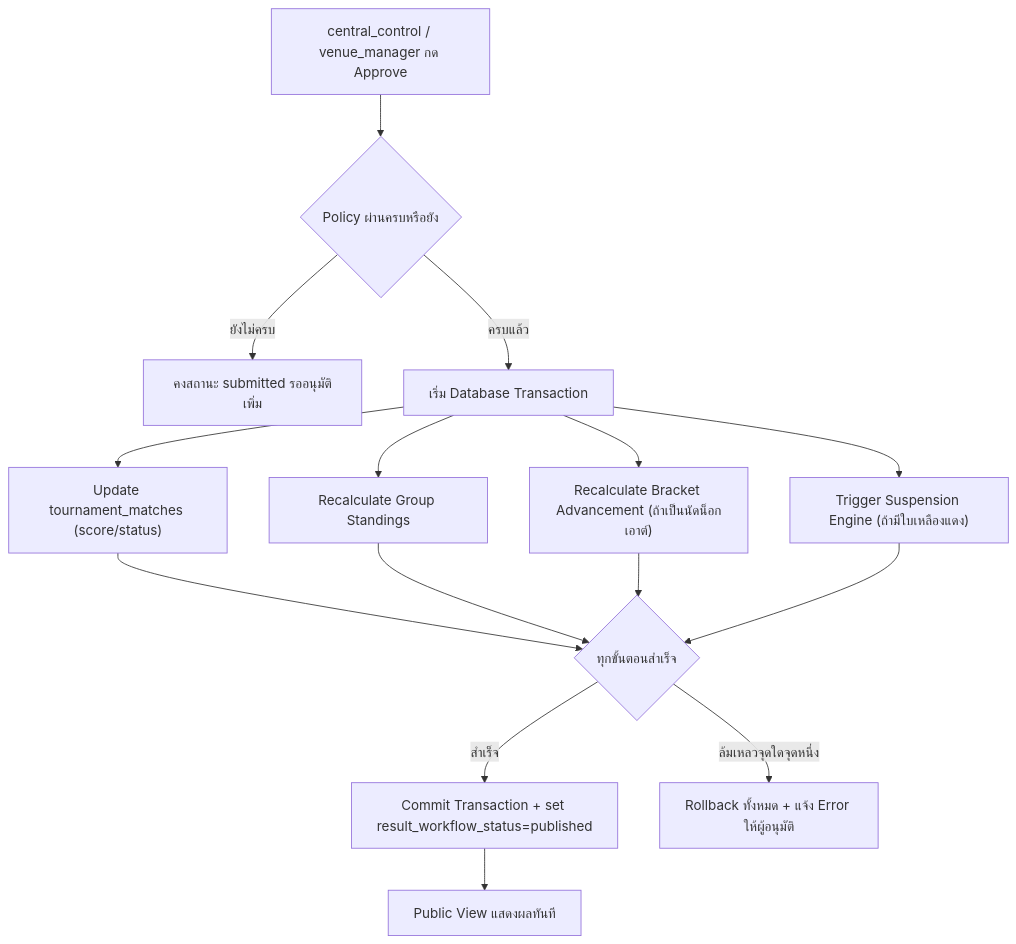
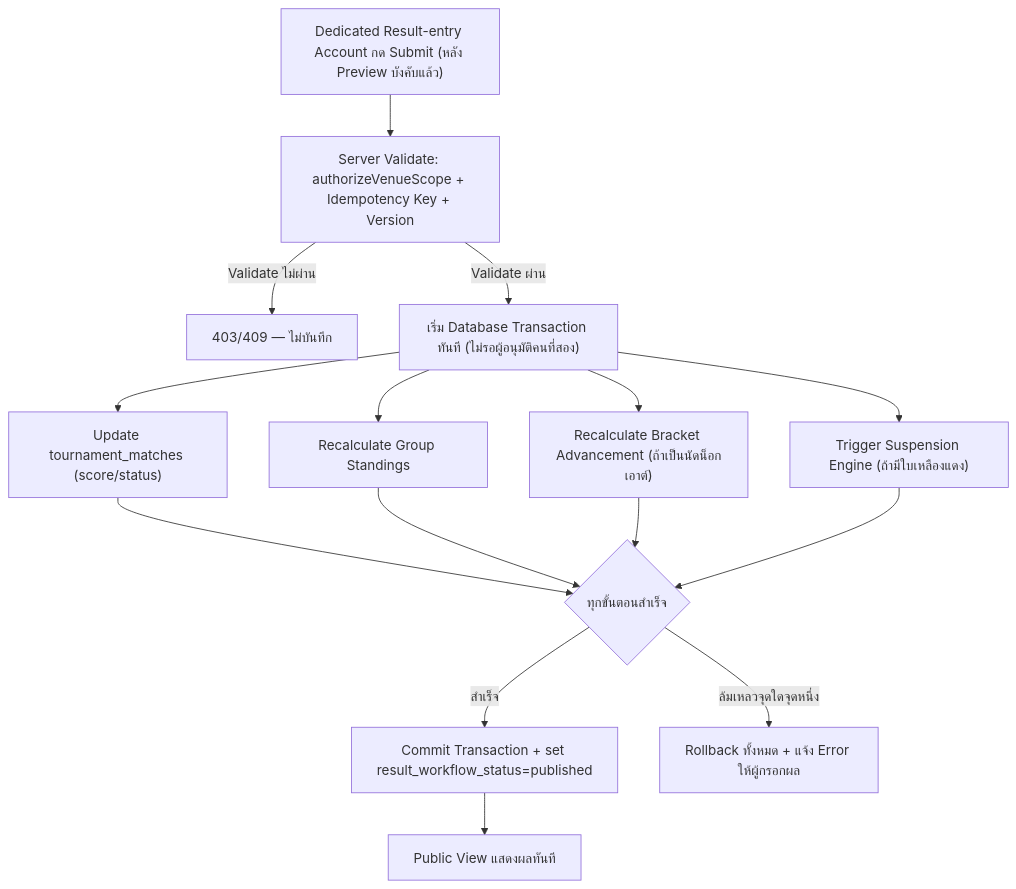
The fourth of 4 diagrams in TOURNAMENT_V2_VENUE_OPERATIONS.md (pattaramet-tech/cfyl), drawn with Mermaid before and after one commit. The commit also changed other lines of this file and 7 other files, not shown here.

````diff
--- a/TOURNAMENT_V2_VENUE_OPERATIONS.md
+++ b/TOURNAMENT_V2_VENUE_OPERATIONS.md
@@ -429,14 +443,14 @@
 ```mermaid
 flowchart TD
-    A["central_control / venue_manager กด Approve"] --> B{Policy ผ่านครบหรือยัง}
-    B -- ยังไม่ครบ --> C["คงสถานะ submitted รออนุมัติเพิ่ม"]
-    B -- ครบแล้ว --> D["เริ่ม Database Transaction"]
+    A["Dedicated Result-entry Account กด Submit (หลัง Preview บังคับแล้ว)"] --> B["Server Validate: authorizeVenueScope + Idempotency Key + Version"]
+    B -- Validate ไม่ผ่าน --> Z["403/409 — ไม่บันทึก"]
+    B -- Validate ผ่าน --> D["เริ่ม Database Transaction ทันที (ไม่รอผู้อนุมัติคนที่สอง)"]
     D --> E["Update tournament_matches (score/status)"]
     D --> F["Recalculate Group Standings"]
     D --> G["Recalculate Bracket Advancement (ถ้าเป็นนัดน็อกเอาต์)"]
     D --> H["Trigger Suspension Engine (ถ้ามีใบเหลืองแดง)"]
     E & F & G & H --> I{ทุกขั้นตอนสำเร็จ}
     I -- สำเร็จ --> J["Commit Transaction + set result_workflow_status=published"]
-    I -- ล้มเหลวจุดใดจุดหนึ่ง --> K["Rollback ทั้งหมด + แจ้ง Error ให้ผู้อนุมัติ"]
+    I -- ล้มเหลวจุดใดจุดหนึ่ง --> K["Rollback ทั้งหมด + แจ้ง Error ให้ผู้กรอกผล"]
     J --> L["Public View แสดงผลทันที"]
 ```
````
